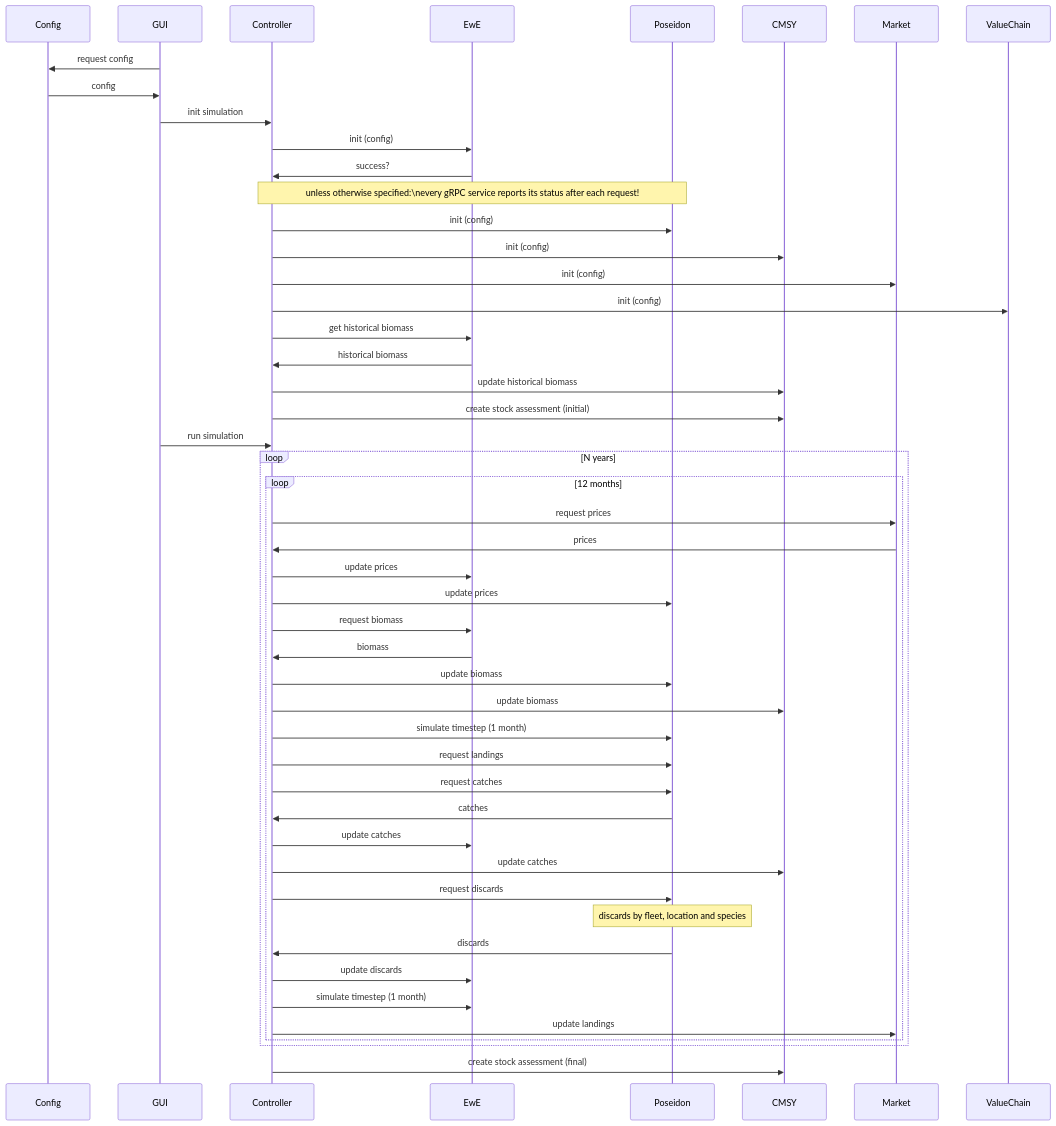
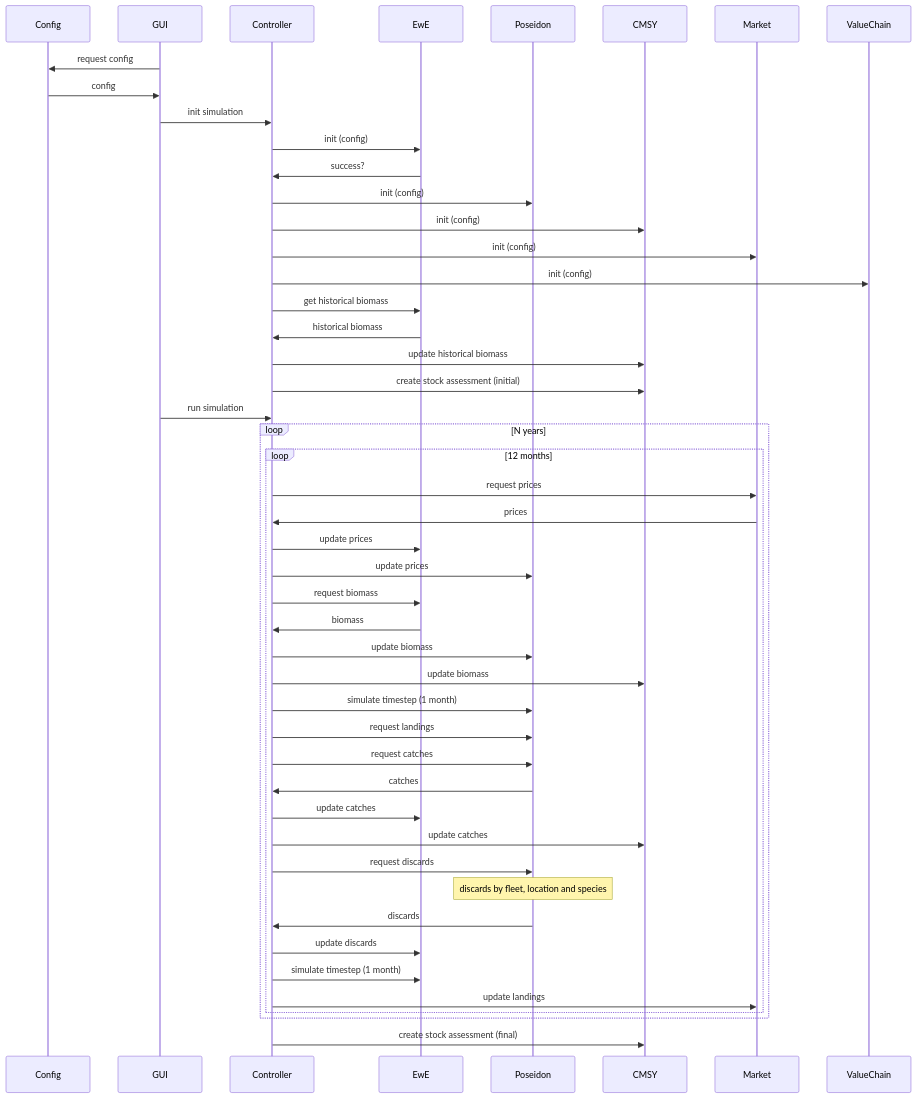
One commit to SURIMI-Project/SURIMI-project changed the diagram in SequenceDiagram.md. Above: the diagram before and after it, drawn with Mermaid.

````diff
--- a/SequenceDiagram.md
+++ b/SequenceDiagram.md
@@ -3,62 +3,61 @@
 ```mermaid
 
  sequenceDiagram
 
     participant Config
     participant GUI
     participant Controller
     participant EwE
     participant Poseidon
     participant CMSY
     participant Market
     participant ValueChain
 
     %% Initialization %%
     %% this is the init %%
     GUI ->> Config: request config
     Config ->> GUI: config
     GUI ->> Controller: init simulation
 
     Controller ->> EwE: init (config)
     EwE ->> Controller: success?
-    Note over Controller, Poseidon: unless otherwise specified:\nevery gRPC service reports its status after each request!
     Controller ->> Poseidon: init (config)
     Controller ->> CMSY: init (config)
     Controller ->> Market: init (config)
     Controller ->> ValueChain: init (config)
 
     Controller ->> EwE: get historical biomass
     EwE ->> Controller: historical biomass
     Controller ->> CMSY: update historical biomass
     Controller ->> CMSY: create stock assessment (initial)
 
     %% Simulation %%
     %% starting the simulation %%
     GUI ->> Controller: run simulation
 
     loop N years
         loop 12 months
             Controller ->> Market: request prices
             Market ->> Controller: prices
             Controller ->> EwE: update prices
             Controller ->> Poseidon: update prices
             Controller ->> EwE: request biomass
             EwE ->> Controller: biomass
             Controller ->> Poseidon: update biomass
             Controller ->> CMSY: update biomass
             Controller ->> Poseidon: simulate timestep (1 month)
             Controller ->> Poseidon: request landings
             Controller ->> Poseidon: request catches
             Poseidon ->> Controller: catches
             Controller ->> EwE: update catches
             Controller ->> CMSY: update catches
             Controller ->> Poseidon: request discards
             Note over Poseidon: discards by fleet, location and species
             Poseidon ->> Controller: discards
             Controller ->> EwE: update discards
             Controller ->> EwE: simulate timestep (1 month)
             Controller ->> Market: update landings
         end
     end
     Controller ->> CMSY: create stock assessment (final) 
 ```
````
